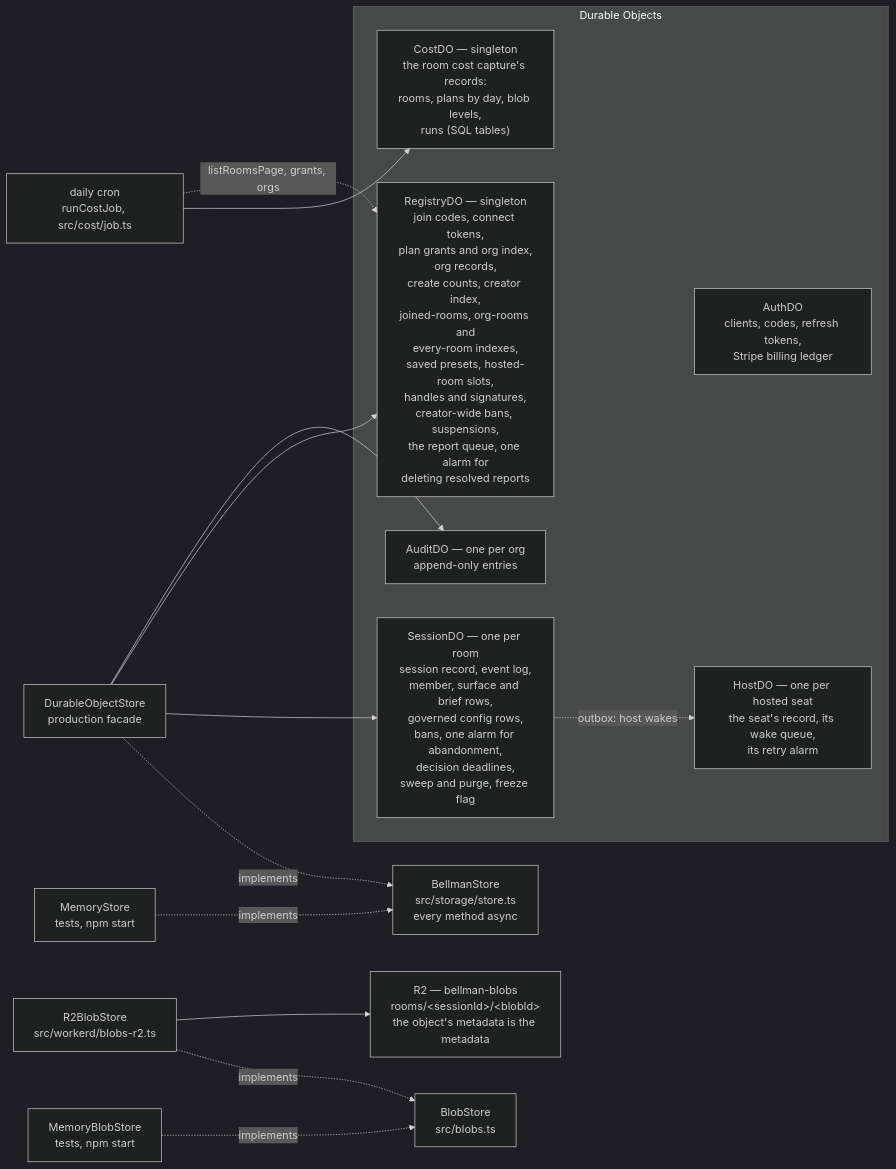
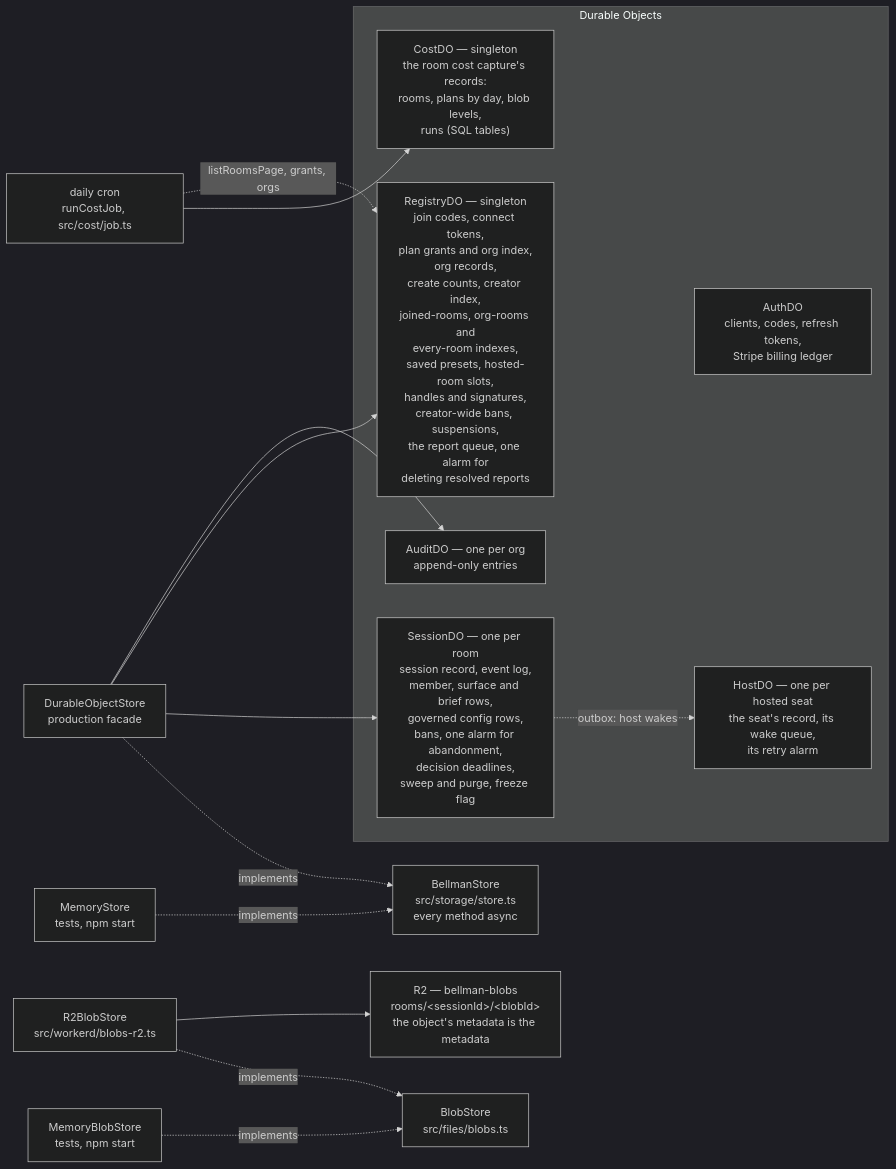
Before and after one commit to bellman-sh/bellman: the fourth of 7 diagrams in docs/ARCHITECTURE.md, drawn with Mermaid (dark theme). The commit also changed other lines of this file and 270 other files, not shown here.

````diff
--- a/docs/ARCHITECTURE.md
+++ b/docs/ARCHITECTURE.md
@@ -637,30 +637,30 @@
 ```mermaid
 flowchart LR
     BS["BellmanStore<br/>src/storage/store.ts<br/>every method async"]
     MEM["MemoryStore<br/>tests, npm start"] -.implements.-> BS
     DOS["DurableObjectStore<br/>production facade"] -.implements.-> BS
 
     DOS --> SDO
     DOS --> RDO
     DOS --> ADO
 
     subgraph objects["Durable Objects"]
         SDO["SessionDO — one per room<br/>session record, event log,<br/>member, surface and brief rows,<br/>governed config rows,<br/>bans, one alarm for abandonment,<br/>decision deadlines,<br/>sweep and purge, freeze flag"]
         RDO["RegistryDO — singleton<br/>join codes, connect tokens,<br/>plan grants and org index,<br/>org records,<br/>create counts, creator index,<br/>joined-rooms, org-rooms and<br/>every-room indexes,<br/>saved presets, hosted-room slots,<br/>handles and signatures,<br/>creator-wide bans, suspensions,<br/>the report queue, one alarm for<br/>deleting resolved reports"]
         ADO["AuditDO — one per org<br/>append-only entries"]
         AUTH["AuthDO<br/>clients, codes, refresh tokens,<br/>Stripe billing ledger"]
         HDO["HostDO — one per hosted seat<br/>the seat's record, its wake queue,<br/>its retry alarm"]
         CDO["CostDO — singleton<br/>the room cost capture's records:<br/>rooms, plans by day, blob levels,<br/>runs (SQL tables)"]
     end
 
     CRON["daily cron<br/>runCostJob, src/cost/job.ts"] --> CDO
     CRON -.->|"listRoomsPage, grants, orgs"| RDO
 
     SDO -.->|"outbox: host wakes"| HDO
 
-    BLOB["BlobStore<br/>src/blobs.ts"]
+    BLOB["BlobStore<br/>src/files/blobs.ts"]
     R2["R2 — bellman-blobs<br/>rooms/&lt;sessionId&gt;/&lt;blobId&gt;<br/>the object's metadata is the metadata"]
     MEMB["MemoryBlobStore<br/>tests, npm start"] -.implements.-> BLOB
     R2S["R2BlobStore<br/>src/workerd/blobs-r2.ts"] -.implements.-> BLOB
     R2S --> R2
 ```
````
